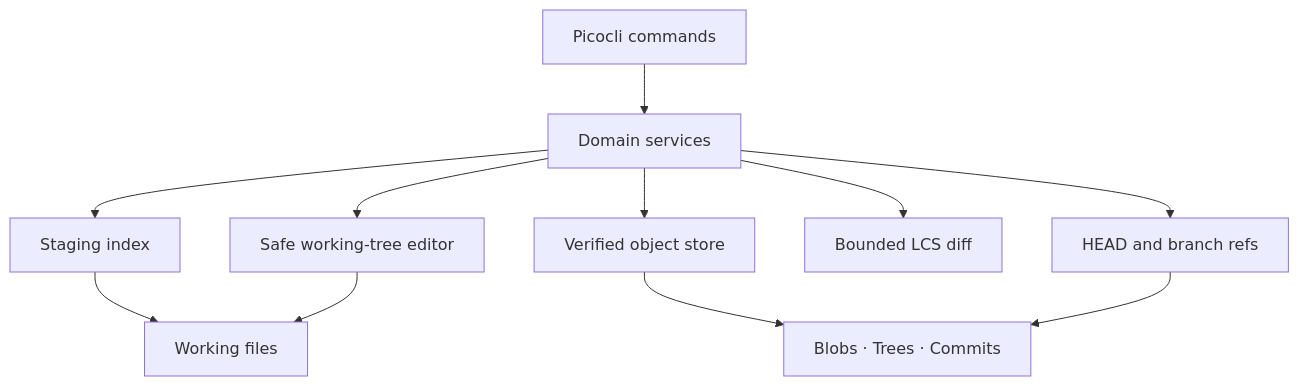
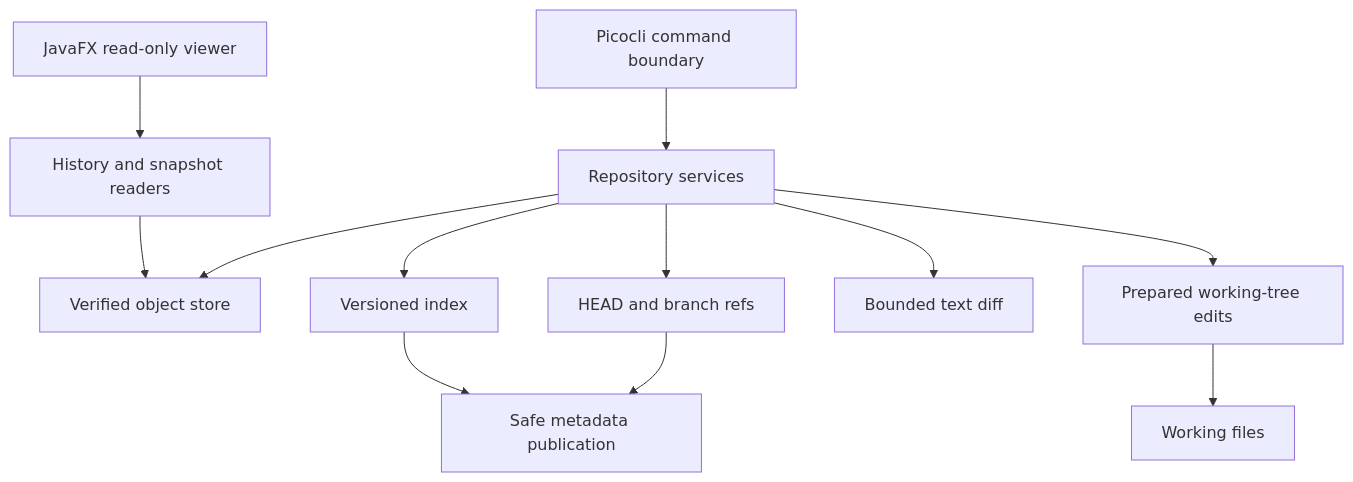
The second of 2 diagrams in README.md (shahrdazri-ctrl/Pocketgit), drawn with Mermaid before and after one commit. The commit also changed other lines of this file and 27 other files, not shown here.

````diff
--- a/README.md
+++ b/README.md
@@ -102,13 +205,14 @@
 ```mermaid
 flowchart TD
-    CLI[Picocli commands] --> Services[Domain services]
-    Services --> Index[Staging index]
-    Services --> Store[Verified object store]
+    CLI[Picocli command boundary] --> Services[Repository services]
+    GUI[JavaFX read-only viewer] --> Readers[History and snapshot readers]
+    Readers --> Objects[Verified object store]
+    Services --> Objects
+    Services --> Index[Versioned index]
     Services --> Refs[HEAD and branch refs]
-    Services --> Diff[Bounded LCS diff]
-    Services --> Work[Safe working-tree editor]
-    Index --> Files[Working files]
-    Work --> Files
-    Store --> Objects[Blobs · Trees · Commits]
-    Refs --> Objects
+    Services --> Diff[Bounded text diff]
+    Services --> Editor[Prepared working-tree edits]
+    Index --> Metadata[Safe metadata publication]
+    Refs --> Metadata
+    Editor --> Working[Working files]
 ```
````
